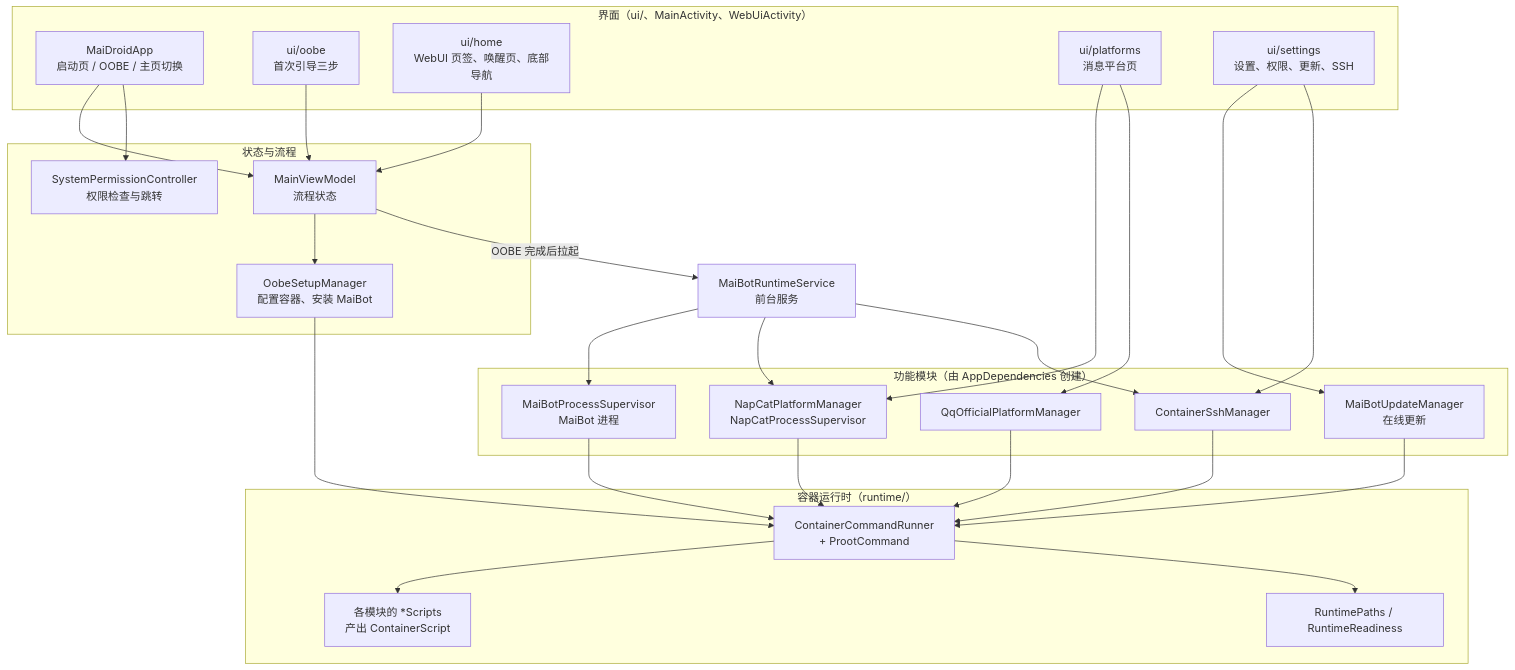
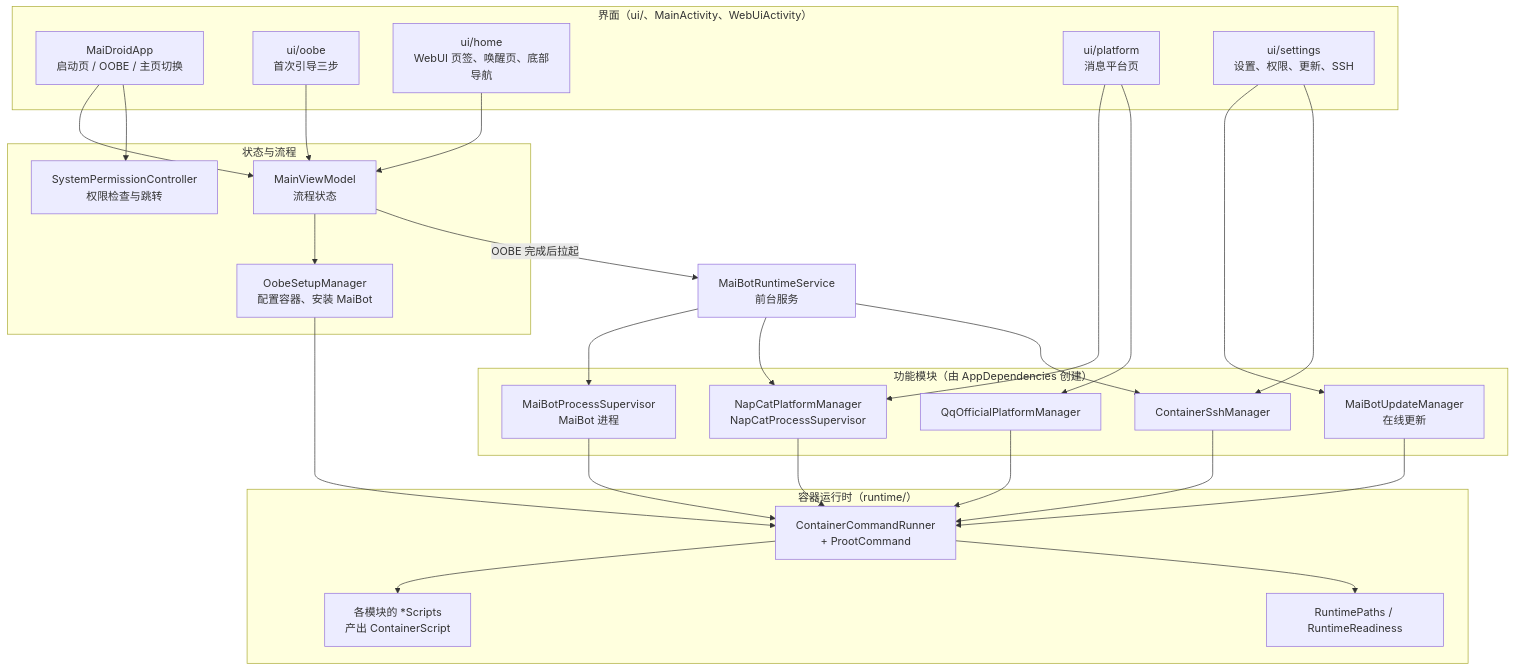
The diagram in docs/architecture.md (Mai-with-u/MaiDroid), drawn with Mermaid before and after one commit. The commit also changed other lines of this file and 32 other files, not shown here.

First line of the commit message:
refactor: log 包改名 terminal，ui/platforms 改名 ui/platform，与界面包一一对应

````diff
--- a/docs/architecture.md
+++ b/docs/architecture.md
@@ -9,56 +9,56 @@
 ```mermaid
 flowchart TB
     subgraph UI["界面（ui/、MainActivity、WebUiActivity）"]
         App["MaiDroidApp\n启动页 / OOBE / 主页切换"]
         Oobe["ui/oobe\n首次引导三步"]
         Home["ui/home\nWebUI 页签、唤醒页、底部导航"]
-        Platforms["ui/platforms\n消息平台页"]
+        Platforms["ui/platform\n消息平台页"]
         Settings["ui/settings\n设置、权限、更新、SSH"]
     end
 
     subgraph State["状态与流程"]
         VM["MainViewModel\n流程状态"]
         OobeMgr["OobeSetupManager\n配置容器、安装 MaiBot"]
         Perm["SystemPermissionController\n权限检查与跳转"]
     end
 
     subgraph Modules["功能模块（由 AppDependencies 创建）"]
         MaiBot["MaiBotProcessSupervisor\nMaiBot 进程"]
         Update["MaiBotUpdateManager\n在线更新"]
         NapCat["NapCatPlatformManager\nNapCatProcessSupervisor"]
         QqOfficial["QqOfficialPlatformManager"]
         Ssh["ContainerSshManager"]
     end
 
     subgraph Runtime["容器运行时（runtime/）"]
         Paths["RuntimePaths / RuntimeReadiness"]
         Runner["ContainerCommandRunner\n+ ProotCommand"]
         Scripts["各模块的 *Scripts\n产出 ContainerScript"]
     end
 
     Service["MaiBotRuntimeService\n前台服务"]
 
     App --> VM
     App --> Perm
     Oobe --> VM
     VM --> OobeMgr
     Home --> VM
     Platforms --> NapCat
     Platforms --> QqOfficial
     Settings --> Update
     Settings --> Ssh
 
     VM -->|OOBE 完成后拉起| Service
     Service --> MaiBot
     Service --> NapCat
     Service --> Ssh
 
     OobeMgr --> Runner
     MaiBot --> Runner
     Update --> Runner
     NapCat --> Runner
     QqOfficial --> Runner
     Ssh --> Runner
     Runner --> Scripts
     Runner --> Paths
 ```
````
